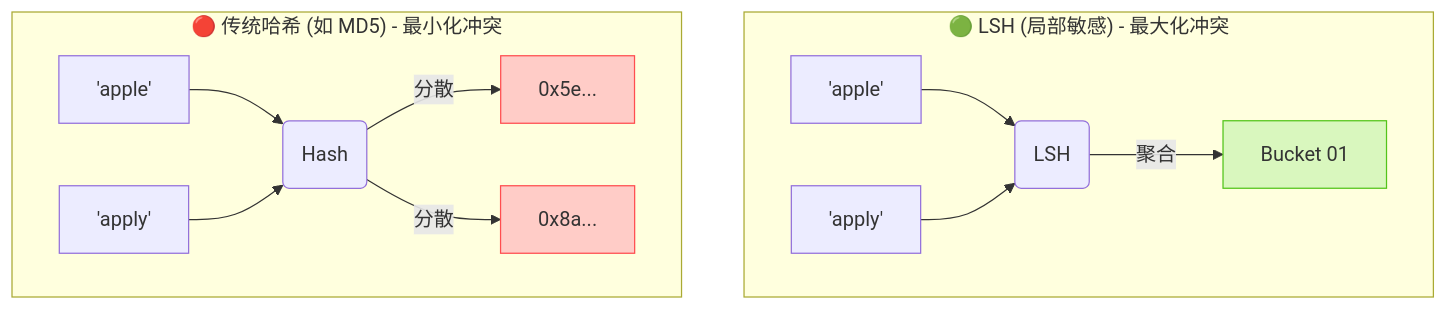
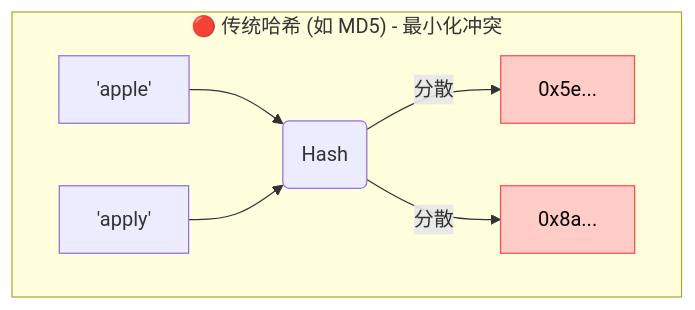
Before and after one commit to ThreeFish-AI/agentic-ai-cognizes: diagram 11 of 42 in docs/research/003-vector-search-algorithm.md, drawn with Mermaid. The commit also changed other lines of this file, not shown here.

````diff
--- a/docs/research/003-vector-search-algorithm.md
+++ b/docs/research/003-vector-search-algorithm.md
@@ -464,19 +484,12 @@
 ```mermaid
 graph TD
-    subgraph LSH_Box["🟢 LSH (局部敏感) - 最大化冲突"]
-        C["'apple'"] --> H2(LSH)
-        D["'apply'"] --> H2
-        H2 --> |聚合| L1["Bucket 01"]
-    end
-
     subgraph Traditional["🔴 传统哈希 (如 MD5) - 最小化冲突"]
         A["'apple'"] --> H1(Hash)
         B["'apply'"] --> H1
         H1 --> |分散| T1["0x5e..."]
         H1 --> |分散| T2["0x8a..."]
     end
 
-    style T1 fill:#ffccc7,stroke:#ff4d4f
-    style T2 fill:#ffccc7,stroke:#ff4d4f
-    style L1 fill:#d9f7be,stroke:#52c41a
+    style T1 fill:#ffccc7,stroke:#ff4d4f,color:#000000
+    style T2 fill:#ffccc7,stroke:#ff4d4f,color:#000000
 ```
````
